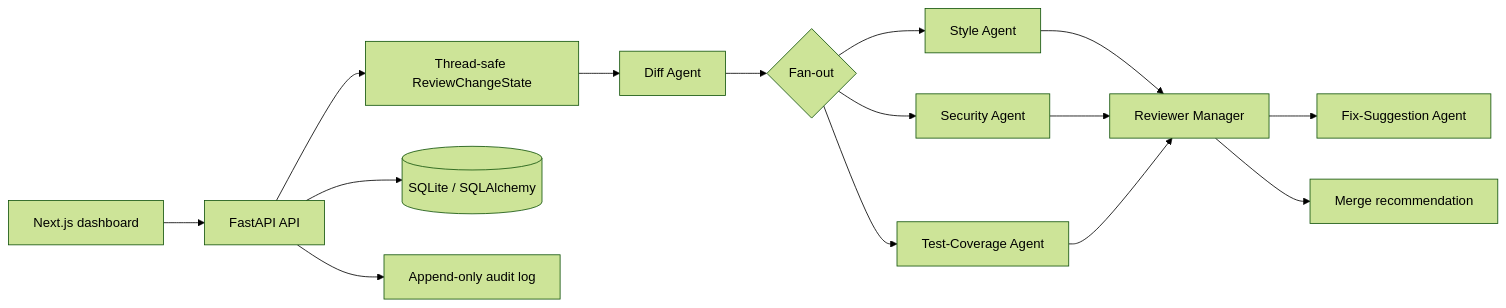
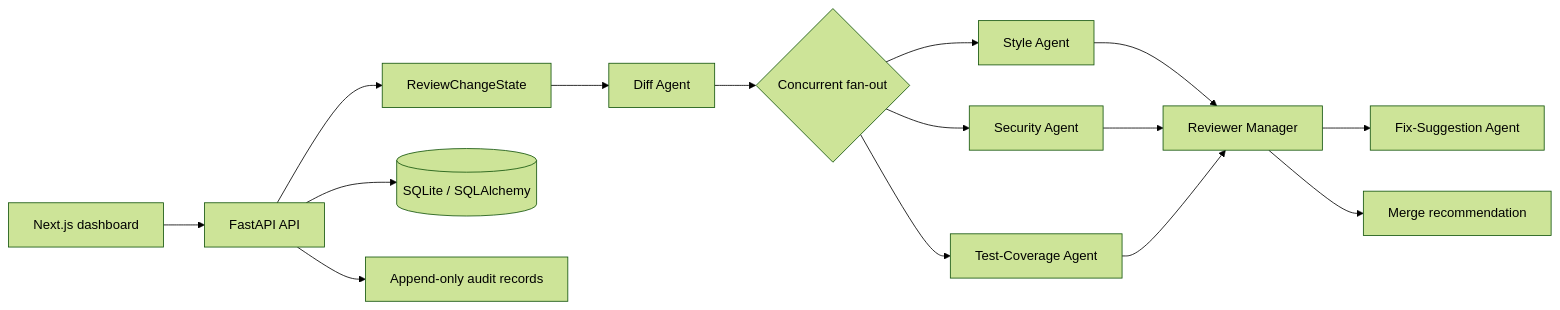
The diagram in README.md (Parna324/agentic-ca2), drawn with Mermaid (forest theme) before and after one commit. The commit also changed other lines of this file and 13 other files, not shown here.

````diff
--- a/README.md
+++ b/README.md
@@ -10,17 +30,17 @@
 ```mermaid
 flowchart LR
   UI[Next.js dashboard] --> API[FastAPI API]
-  API --> State[Thread-safe ReviewChangeState]
+  API --> State[ReviewChangeState]
   State --> Diff[Diff Agent]
-  Diff --> Fanout{Fan-out}
+  Diff --> Fanout{Concurrent fan-out}
   Fanout --> Style[Style Agent]
   Fanout --> Security[Security Agent]
   Fanout --> Tests[Test-Coverage Agent]
   Style --> Manager[Reviewer Manager]
   Security --> Manager
   Tests --> Manager
   Manager --> Fix[Fix-Suggestion Agent]
   Manager --> Decision[Merge recommendation]
   API --> DB[(SQLite / SQLAlchemy)]
-  API --> Audit[Append-only audit log]
+  API --> Audit[Append-only audit records]
 ```
````
